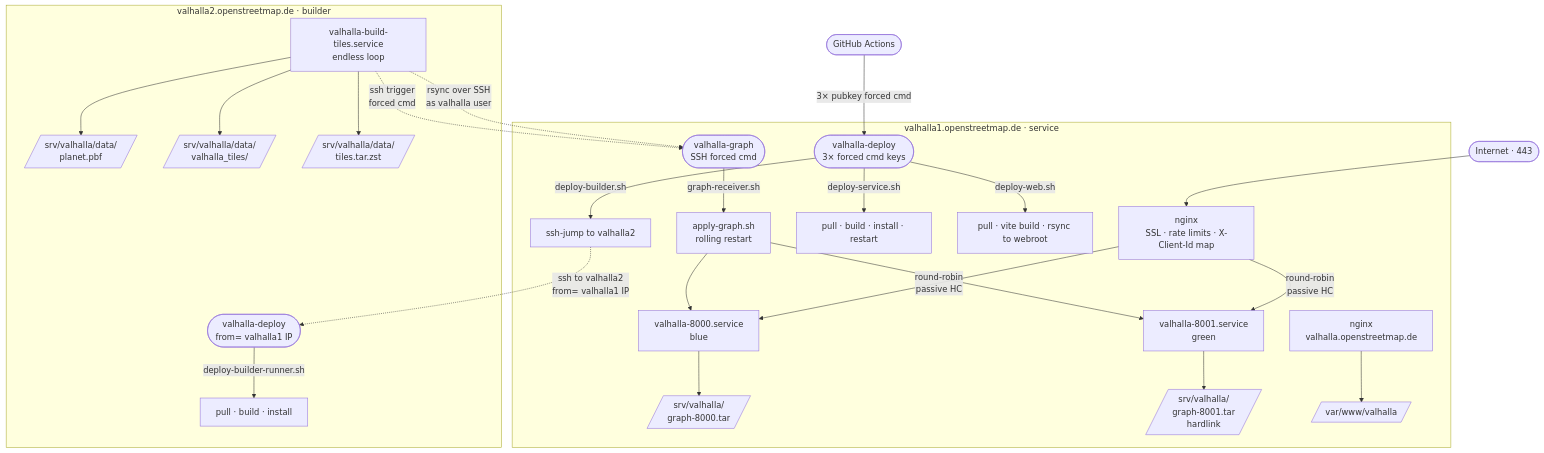
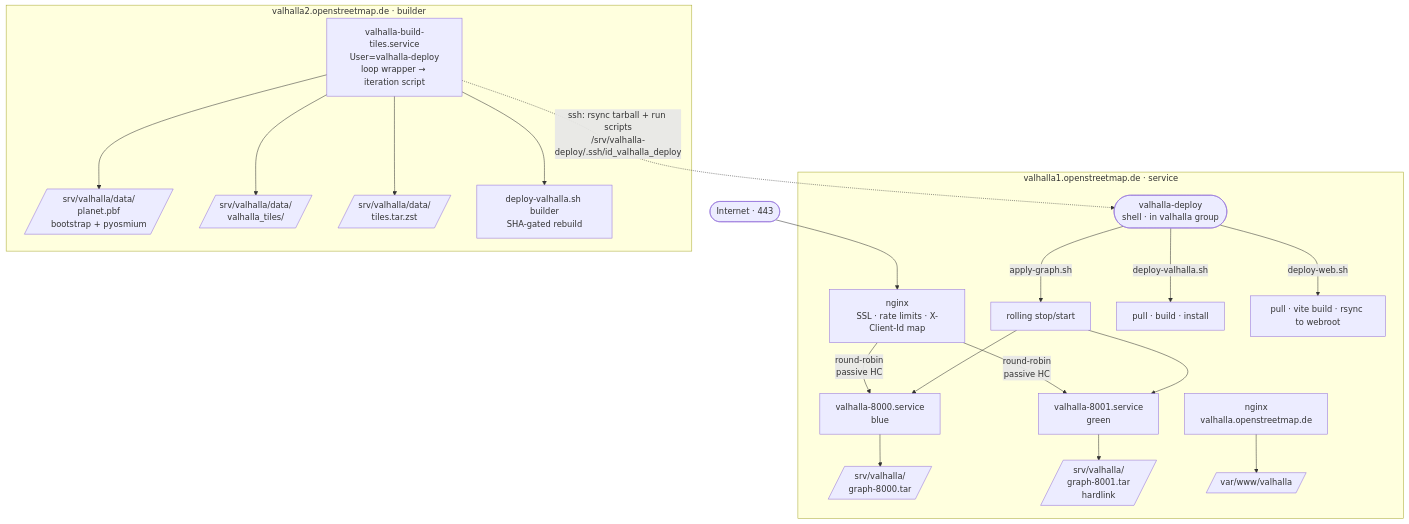
Before and after one commit to fossgis-routing-server/ansible_openstreetmap.de: the diagram in doc/valhalla.md, drawn with Mermaid. The commit also changed other lines of this file and 28 other files, not shown here.

````diff
--- a/doc/valhalla.md
+++ b/doc/valhalla.md
@@ -37,42 +51,35 @@
 ```mermaid
 flowchart TB
     Internet([Internet · 443]) --> nginx
 
     subgraph valhalla1["valhalla1.openstreetmap.de · service"]
         nginx[nginx<br/>SSL · rate limits · X-Client-Id map]
         nginx -->|round-robin<br/>passive HC| v8000[valhalla-8000.service<br/>blue]
         nginx -->|round-robin<br/>passive HC| v8001[valhalla-8001.service<br/>green]
 
         v8000 --> tar0[/srv/valhalla/<br/>graph-8000.tar/]
         v8001 --> tar1[/srv/valhalla/<br/>graph-8001.tar<br/>hardlink/]
 
         nginx_web[nginx<br/>valhalla.openstreetmap.de] --> webroot[/var/www/valhalla/]
 
-        graphuser([valhalla-graph<br/>SSH forced cmd])
-        deployuser([valhalla-deploy<br/>3× forced cmd keys])
+        deployuser([valhalla-deploy<br/>shell · in valhalla group])
 
-        graphuser -->|graph-receiver.sh| applygraph[apply-graph.sh<br/>rolling restart]
+        deployuser -->|apply-graph.sh| applygraph[rolling stop/start]
         applygraph --> v8000
         applygraph --> v8001
 
-        deployuser -->|deploy-service.sh| rebuild_svc[pull · build · install · restart]
+        deployuser -->|deploy-valhalla.sh| rebuild_svc[pull · build · install]
         deployuser -->|deploy-web.sh| rebuild_web[pull · vite build · rsync to webroot]
-        deployuser -->|deploy-builder.sh| ssh_jump[ssh-jump to valhalla2]
     end
 
     subgraph valhalla2["valhalla2.openstreetmap.de · builder"]
-        buildtiles[valhalla-build-tiles.service<br/>endless loop]
-        buildtiles --> planet[/srv/valhalla/data/<br/>planet.pbf/]
+        buildtiles[valhalla-build-tiles.service<br/>User=valhalla-deploy<br/>loop wrapper → iteration script]
+        buildtiles --> planet[/srv/valhalla/data/<br/>planet.pbf<br/>bootstrap + pyosmium/]
         buildtiles --> tiles[/srv/valhalla/data/<br/>valhalla_tiles//]
         buildtiles --> tarball[/srv/valhalla/data/<br/>tiles.tar.zst/]
 
-        deployuser2([valhalla-deploy<br/>from= valhalla1 IP])
-        deployuser2 -->|deploy-builder-runner.sh| rebuild_bld[pull · build · install]
+        buildtiles --> rebuild_bld[deploy-valhalla.sh builder<br/>SHA-gated rebuild]
     end
 
-    buildtiles -.->|rsync over SSH<br/>as valhalla user| graphuser
-    buildtiles -.->|ssh trigger<br/>forced cmd| graphuser
-    ssh_jump -.->|ssh to valhalla2<br/>from= valhalla1 IP| deployuser2
-
-    GHA([GitHub Actions]) -->|3× pubkey forced cmd| deployuser
+    buildtiles -.->|ssh: rsync tarball + run scripts<br/>/srv/valhalla-deploy/.ssh/id_valhalla_deploy| deployuser
 ```
````
